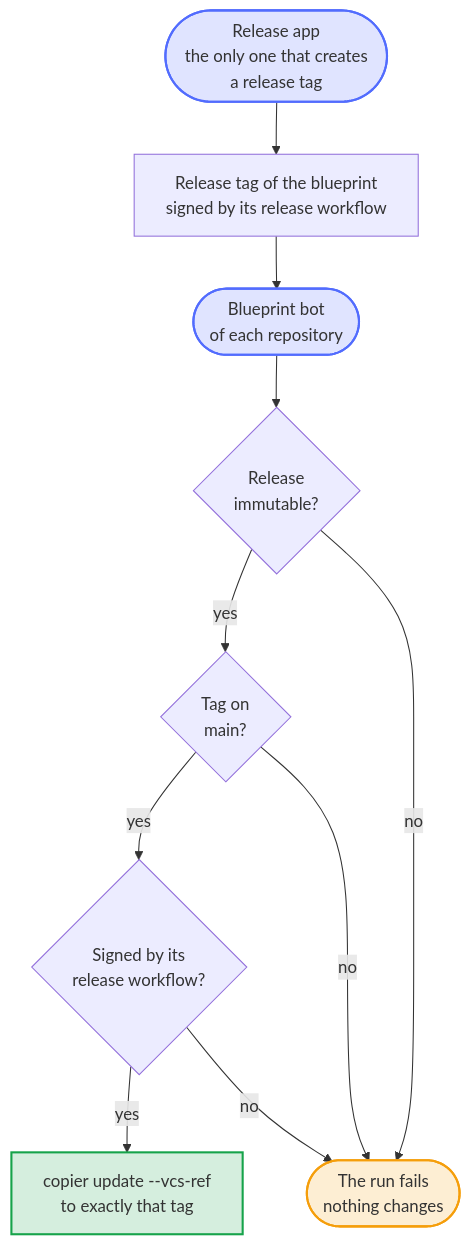
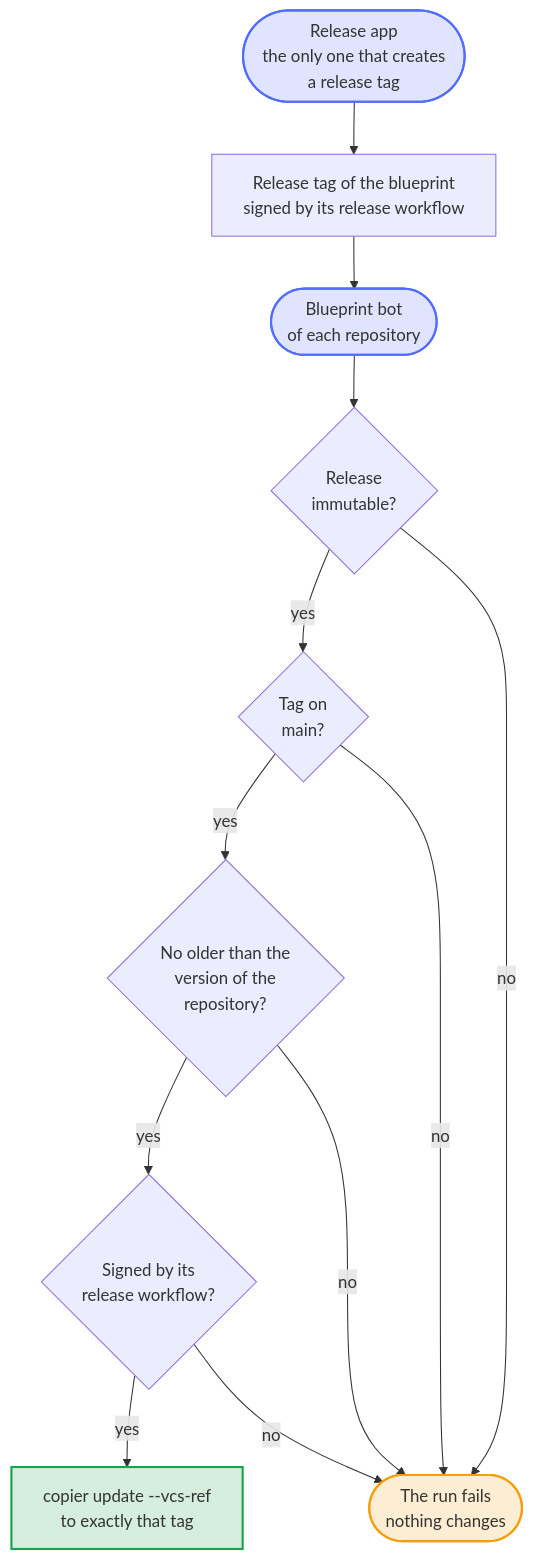
The diagram in docs/diagrams/how-the-blueprint-bot-verifies-a-release-before-it-updates.mmd (Dennis-Otto/repo-blueprint), drawn with Mermaid before and after one commit. The commit also changed 10 other files, not shown here.

First line of the commit message:
fix(security): refuse a blueprint release older than the version a repository has

```diff
--- a/docs/diagrams/how-the-blueprint-bot-verifies-a-release-before-it-updates.mmd
+++ b/docs/diagrams/how-the-blueprint-bot-verifies-a-release-before-it-updates.mmd
@@ -1,32 +1,35 @@
 ---
 config:
   flowchart:
     wrappingWidth: 400
 ---
 flowchart TB
     accTitle: How the blueprint bot verifies a release before it updates
-    accDescr: The blueprint bot takes the latest published release of its source. It checks that the release is immutable, that its tag points at a commit of the main branch of the source, and that the release workflow of the source signed the tag with gitsign. Only when all three hold does Copier update to exactly that tag; otherwise the run fails and nothing changes. In the source, only the release app may create a release tag, and nobody may move or delete one.
+    accDescr: The blueprint bot takes the latest published release of its source. It checks that the release is immutable, that its tag points at a commit of the main branch of the source, that this commit is no older than the version the repository has, and that the release workflow of the source signed the tag with gitsign. Only when all four hold does Copier update to exactly that tag; otherwise the run fails and nothing changes. In the source, only the release app may create a release tag, and nobody may move or delete one.
 
     app(["Release app<br>the only one that creates<br>a release tag"])
     tag["Release tag of the blueprint<br>signed by its release workflow"]
     bot(["Blueprint bot<br>of each repository"])
     immutable{"Release<br>immutable?"}
     main{"Tag on<br>main?"}
+    newer{"No older than the<br>version of the<br>repository?"}
     signed{"Signed by its<br>release workflow?"}
     refused(["The run fails<br>nothing changes"])
     update["copier update --vcs-ref<br>to exactly that tag"]
 
     app --> tag --> bot --> immutable
     immutable -- "yes" --> main
-    main -- "yes" --> signed
+    main -- "yes" --> newer
+    newer -- "yes" --> signed
     signed -- "yes" --> update
     immutable -- "no" --> refused
     main -- "no" --> refused
+    newer -- "no" --> refused
     signed -- "no" --> refused
 
     classDef bot fill:#526cfe2e,stroke:#526cfe,stroke-width:2px
     classDef person fill:#f59e0b2e,stroke:#f59e0b,stroke-width:2px
     classDef done fill:#16a34a2e,stroke:#16a34a,stroke-width:2px
     class app,bot bot
     class refused person
     class update done
```
